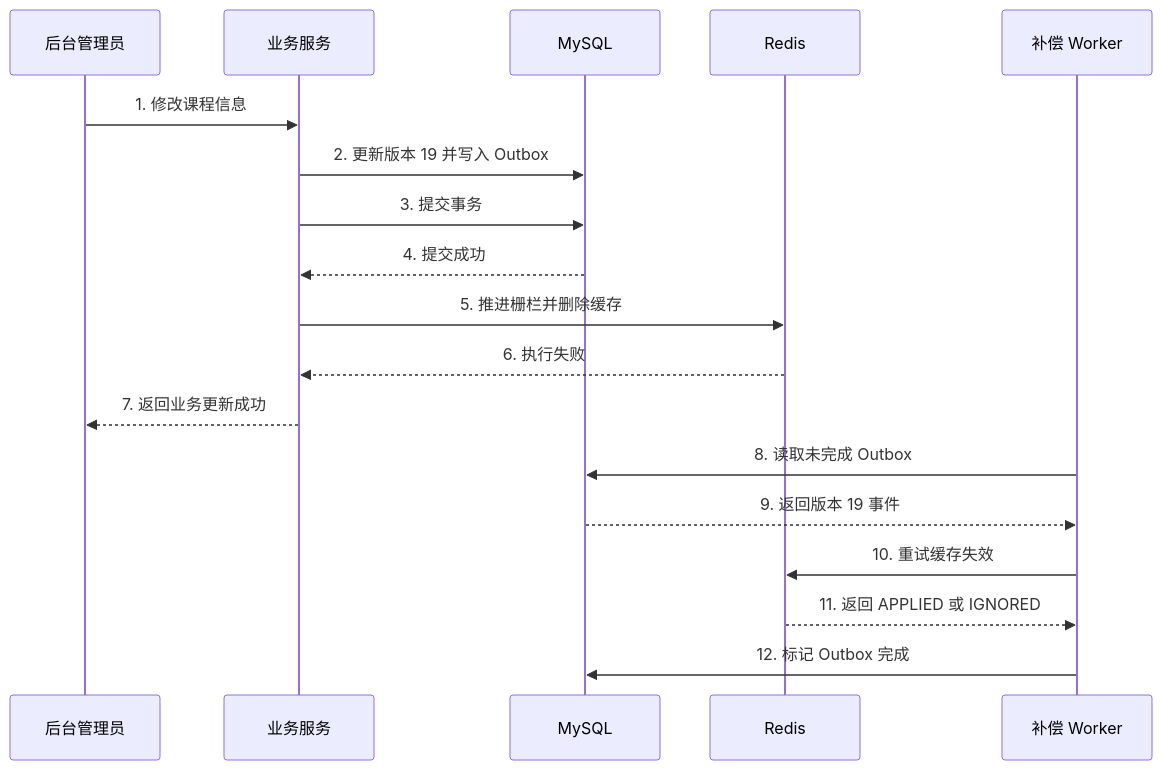
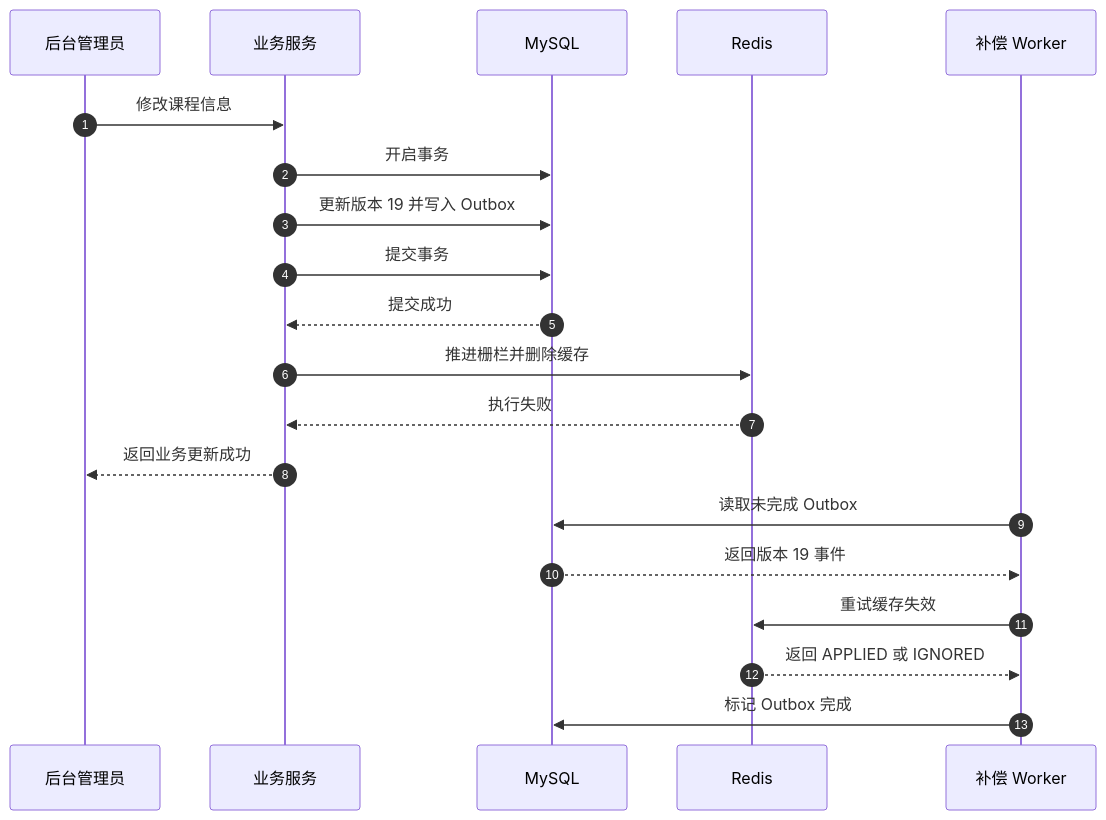
The ninth of 27 diagrams in docs/redis/126-redis-4种缓存模式-分享版-极简版.md (zdl20251023-pixel/agent-frame), drawn with Mermaid before and after one commit. The commit also changed other lines of this file, not shown here.

Commit message:
redis 四大缓存模式 分享-极简版

````diff
--- a/docs/redis/126-redis-4种缓存模式-分享版-极简版.md
+++ b/docs/redis/126-redis-4种缓存模式-分享版-极简版.md
@@ -358,27 +357,29 @@
 ```mermaid
 sequenceDiagram
+    autonumber
     participant Admin as 后台管理员
     participant Service as 业务服务
     participant MySQL as MySQL
     participant Redis as Redis
     participant Worker as 补偿 Worker
 
-    Admin->>Service: 1. 修改课程信息
+    Admin->>Service: 修改课程信息
 
-    Service->>MySQL: 2. 更新版本 19 并写入 Outbox
-    Service->>MySQL: 3. 提交事务
-    MySQL-->>Service: 4. 提交成功
+    Service->>MySQL: 开启事务
+    Service->>MySQL: 更新版本 19 并写入 Outbox
+    Service->>MySQL: 提交事务
+    MySQL-->>Service: 提交成功
 
-    Service->>Redis: 5. 推进栅栏并删除缓存
-    Redis-->>Service: 6. 执行失败
+    Service->>Redis: 推进栅栏并删除缓存
+    Redis-->>Service: 执行失败
 
-    Service-->>Admin: 7. 返回业务更新成功
+    Service-->>Admin: 返回业务更新成功
 
-    Worker->>MySQL: 8. 读取未完成 Outbox
-    MySQL-->>Worker: 9. 返回版本 19 事件
+    Worker->>MySQL: 读取未完成 Outbox
+    MySQL-->>Worker: 返回版本 19 事件
 
-    Worker->>Redis: 10. 重试缓存失效
-    Redis-->>Worker: 11. 返回 APPLIED 或 IGNORED
+    Worker->>Redis: 重试缓存失效
+    Redis-->>Worker: 返回 APPLIED 或 IGNORED
 
-    Worker->>MySQL: 12. 标记 Outbox 完成
+    Worker->>MySQL: 标记 Outbox 完成
 ```
````
